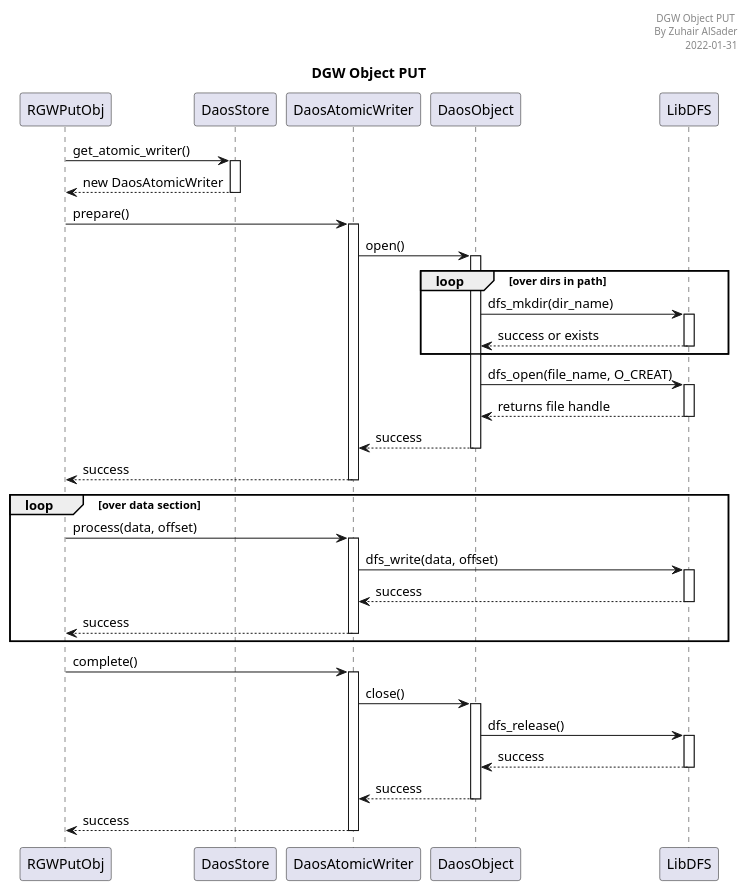
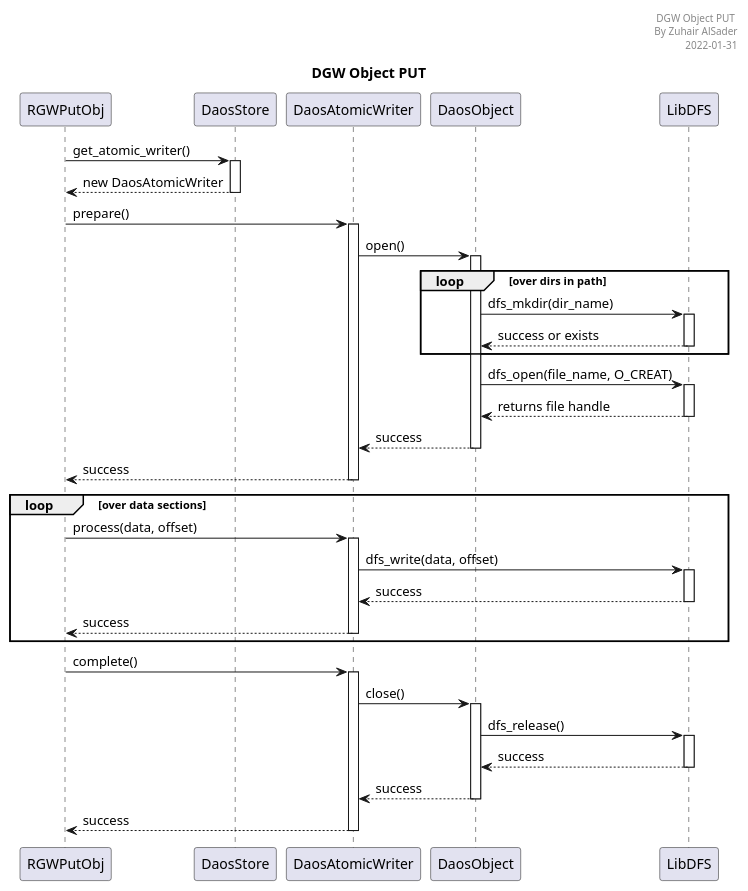
One commit to zalsader/DGW-ops changed the diagram in DGW_Object_PUT.plantuml. Above: the diagram before and after it, drawn with PlantUML. The commit also changed 1 other file, not shown here.

```diff
--- a/DGW_Object_PUT.plantuml
+++ b/DGW_Object_PUT.plantuml
@@ -1,46 +1,46 @@
 @startuml
 
 header DGW Object PUT \n By Zuhair AlSader\n2022-01-31
 title DGW Object PUT
 
 participant "RGWPutObj" as rgw
 participant "DaosStore" as store
 participant "DaosAtomicWriter" as writer
 participant "DaosObject" as object
 participant "LibDFS" as libdfs
 
 autoactivate on
 
 rgw -> store: get_atomic_writer()
 store --> rgw: new DaosAtomicWriter
 
 
 rgw -> writer: prepare()
 writer -> object: open()
 
 loop over dirs in path
   object -> libdfs: dfs_mkdir(dir_name)
   libdfs --> object: success or exists
 end
 
 object -> libdfs: dfs_open(file_name, O_CREAT)
 libdfs --> object: returns file handle
 
 object --> writer: success
 writer --> rgw: success
 
-loop over data section
+loop over data sections
   rgw -> writer: process(data, offset)
   writer-> libdfs: dfs_write(data, offset)
   libdfs --> writer: success
   writer --> rgw: success
 end
 
 rgw -> writer: complete()
 writer -> object: close()
 object -> libdfs: dfs_release()
 libdfs --> object: success
 object --> writer: success
 writer --> rgw: success
 
 @enduml
```
